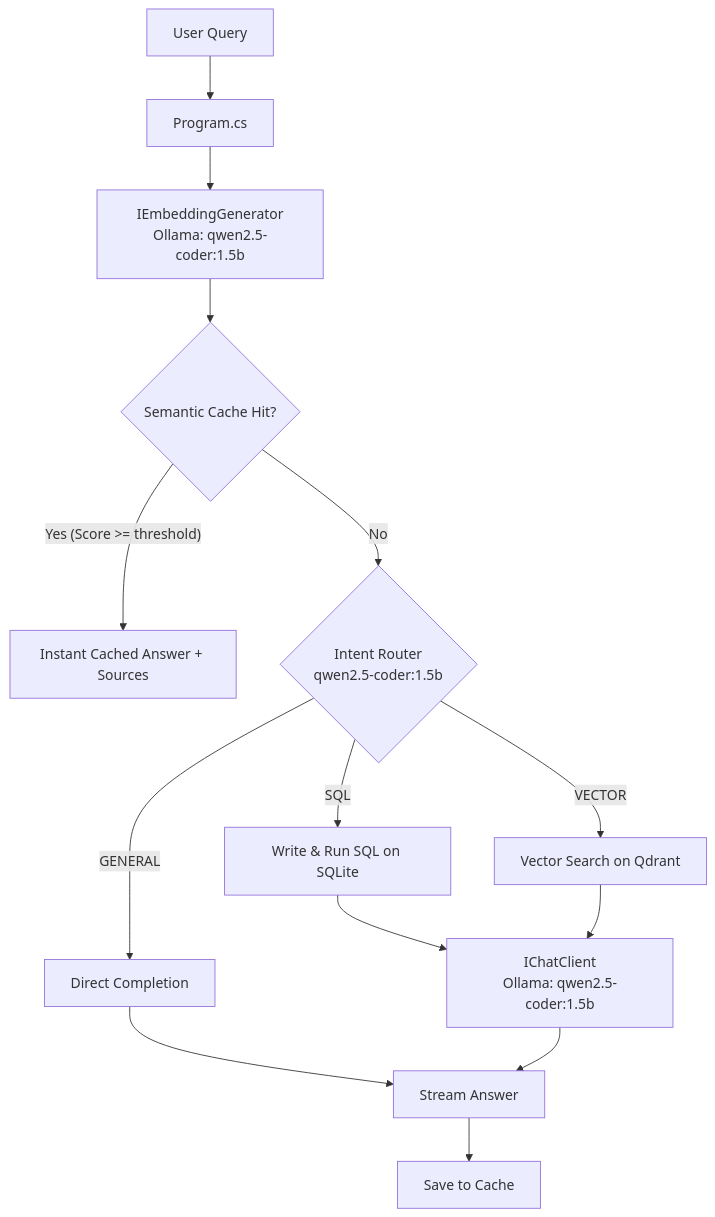
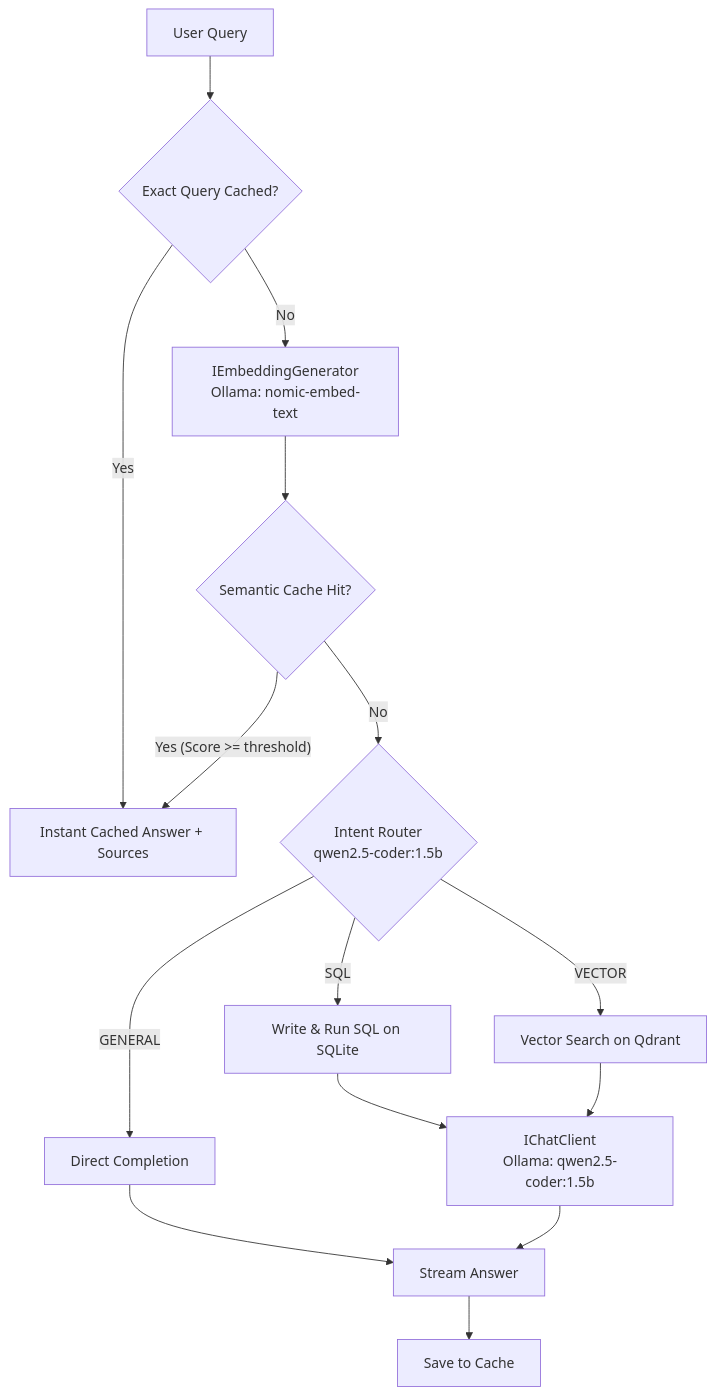
Before and after one commit to rahu619/one-piece-rag-lab: the diagram in README.md, drawn with Mermaid. The commit also changed other lines of this file and 17 other files, not shown here.

````diff
--- a/README.md
+++ b/README.md
@@ -9,16 +9,17 @@
 ```mermaid
 flowchart TD
-    U[User Query] --> P[Program.cs]
-    P --> EMB[IEmbeddingGenerator<br/>Ollama: qwen2.5-coder:1.5b]
+    U[User Query] --> EXACT{Exact Query Cached?}
+    EXACT -- Yes --> RETURN[Instant Cached Answer + Sources]
+    EXACT -- No --> EMB[IEmbeddingGenerator<br/>Ollama: nomic-embed-text]
     EMB --> CACHE{Semantic Cache Hit?}
-    CACHE -- "Yes (Score >= threshold)" --> RETURN[Instant Cached Answer + Sources]
+    CACHE -- "Yes (Score >= threshold)" --> RETURN
     CACHE -- No --> ROUTER{Intent Router<br/>qwen2.5-coder:1.5b}
     ROUTER -- "GENERAL" --> Direct[Direct Completion]
     ROUTER -- "SQL" --> SQLGen[Write & Run SQL on SQLite]
     ROUTER -- "VECTOR" --> VecGen[Vector Search on Qdrant]
     SQLGen --> LLM[IChatClient<br/>Ollama: qwen2.5-coder:1.5b]
     VecGen --> LLM
     Direct --> PRINT[Stream Answer]
     LLM --> PRINT
     PRINT --> SAVE[Save to Cache]
 ```
````
